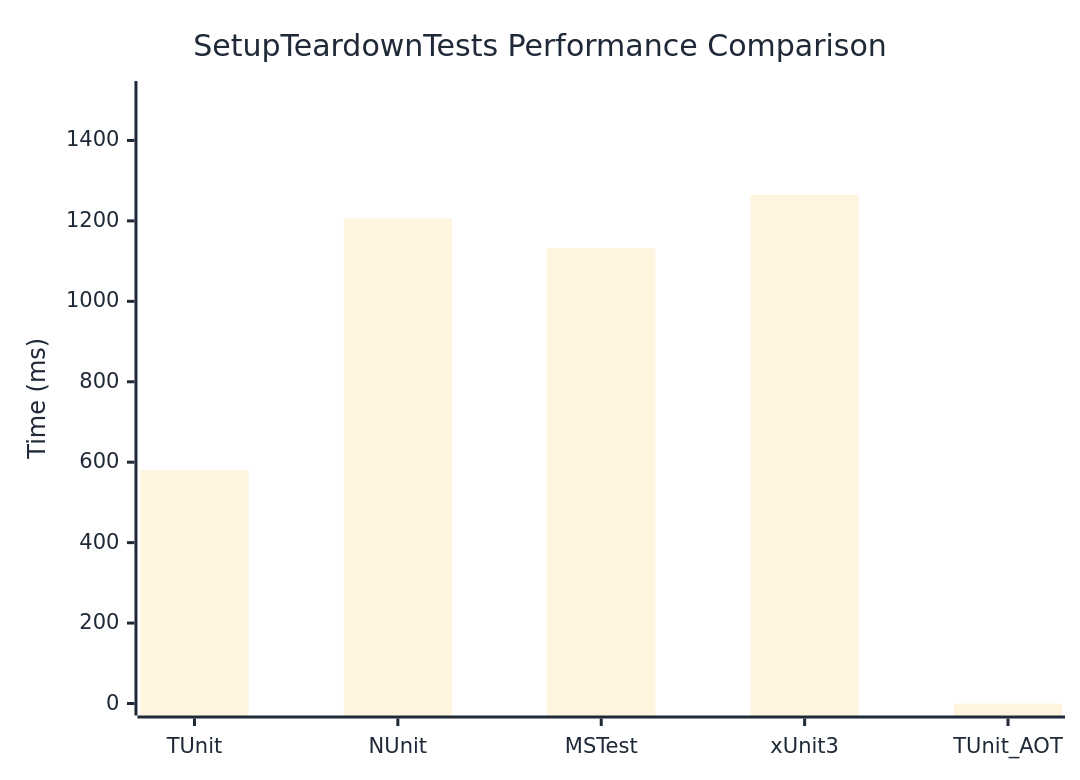
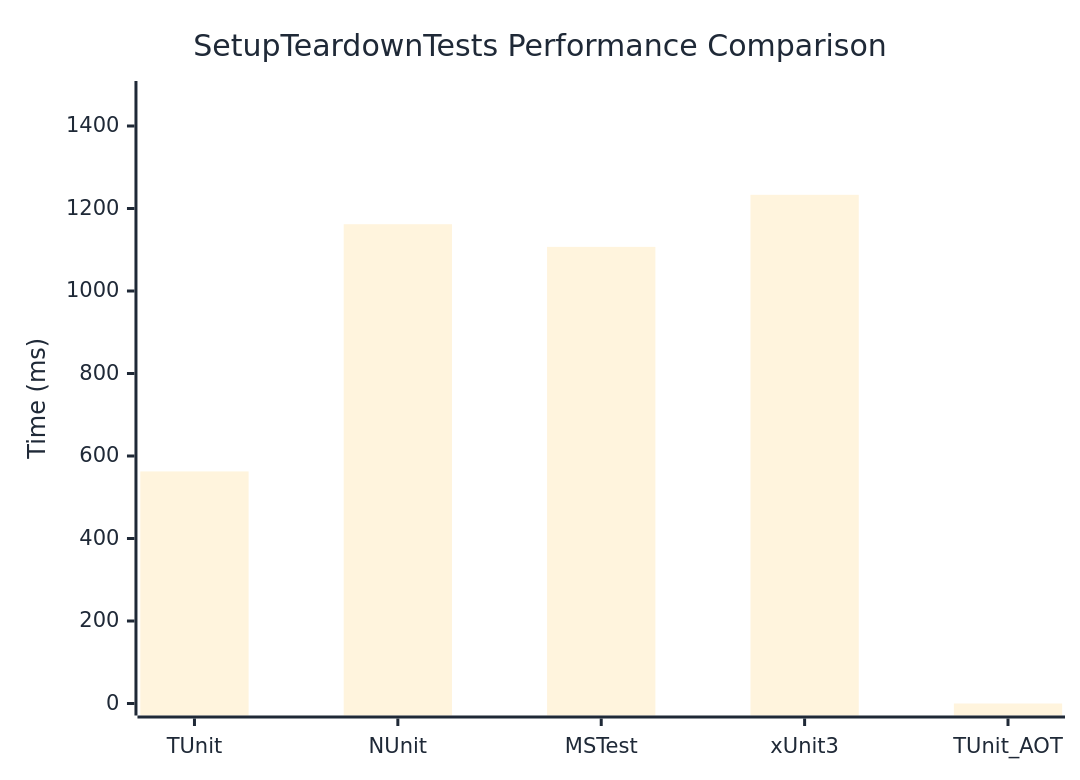
One commit to thomhurst/TUnit changed the diagram in docs/docs/benchmarks/SetupTeardownTests.md. Above: the diagram before and after it, drawn with Mermaid. The commit also changed other lines of this file and 17 other files, not shown here.

````diff
--- a/docs/docs/benchmarks/SetupTeardownTests.md
+++ b/docs/docs/benchmarks/SetupTeardownTests.md
@@ -27,37 +27,37 @@
 ```mermaid
 %%{init: {
   'theme':'base',
   'themeVariables': {
     'primaryColor': '#2563eb',
     'primaryTextColor': '#1f2937',
     'primaryBorderColor': '#1e40af',
     'lineColor': '#6b7280',
     'secondaryColor': '#7c3aed',
     'tertiaryColor': '#dc2626',
     'background': '#ffffff',
     'mainBkg': '#2563eb',
     'secondBkg': '#7c3aed',
     'tertiaryBkg': '#dc2626',
     'clusterBkg': '#f3f4f6',
     'edgeLabelBackground': '#ffffff',
     'tertiaryTextColor': '#1f2937',
     'pie1': '#2563eb',
     'pie2': '#7c3aed',
     'pie3': '#dc2626',
     'pie4': '#f59e0b',
     'pie5': '#10b981',
     'pie6': '#06b6d4',
     'pie7': '#ec4899',
     'pie8': '#6366f1',
     'pie9': '#84cc16',
     'pie10': '#f97316',
     'pie11': '#14b8a6',
     'pie12': '#a855f7'
   }
 }}%%
 xychart-beta
   title "SetupTeardownTests Performance Comparison"
   x-axis ["TUnit", "NUnit", "MSTest", "xUnit3", "TUnit_AOT"]
-  y-axis "Time (ms)" 0 --> 1518
-  bar [579.6, 1206, 1132, 1264.7, 0]
+  y-axis "Time (ms)" 0 --> 1480
+  bar [562.6, 1161.9, 1107, 1233.2, 0]
 ```
````
